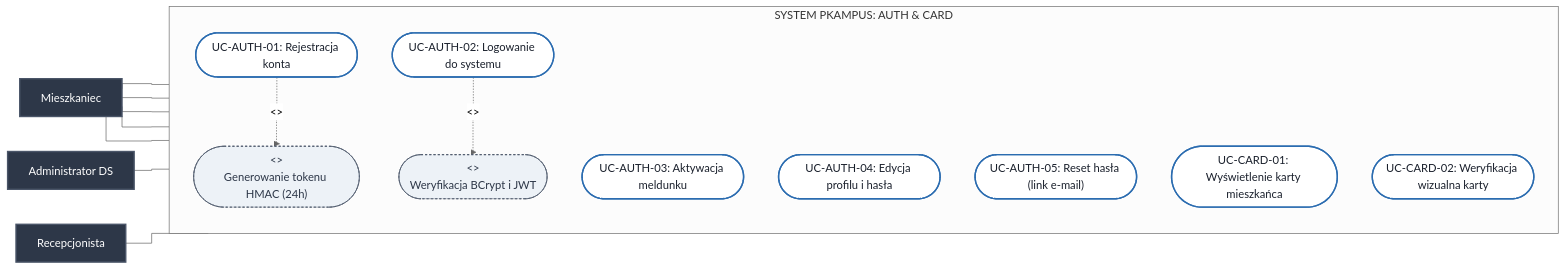
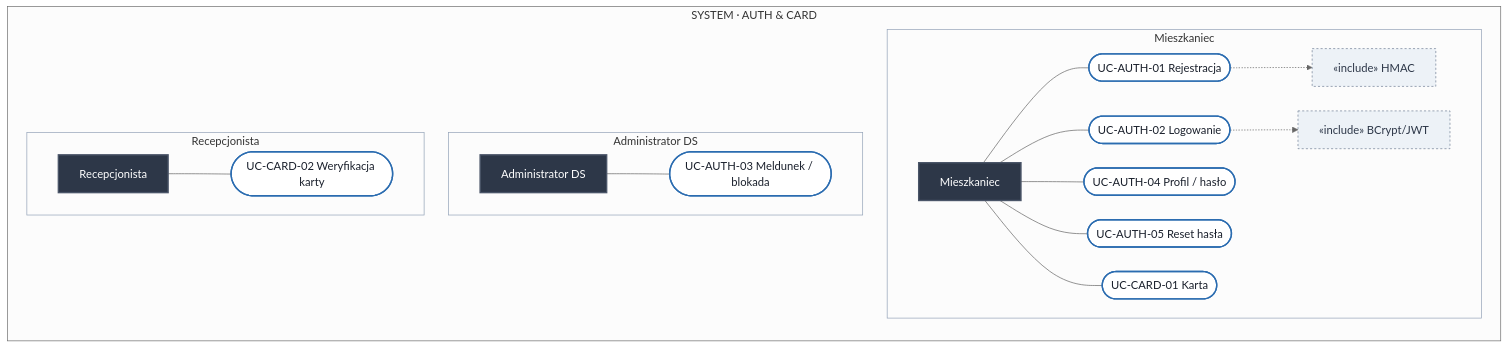
The third of 9 diagrams in Docs/Diagramy_Przypadkow_Uzycia.md (Buczy8/PKampus), drawn with Mermaid (neutral theme) before and after one commit. The commit also changed other lines of this file and 7 other files, not shown here.

````diff
--- a/Docs/Diagramy_Przypadkow_Uzycia.md
+++ b/Docs/Diagramy_Przypadkow_Uzycia.md
@@ -100,37 +79,38 @@
 ```mermaid
-%%{init: {'flowchart': {'curve': 'stepBefore'}}}%%
-flowchart LR
-    classDef actorStyle fill:#2d3748,stroke:#4a5568,stroke-width:2px,color:#fff;
-    classDef ucStyle fill:#fff,stroke:#2b6cb0,stroke-width:2px,color:#1a202c;
-    classDef subUcStyle fill:#edf2f7,stroke:#4a5568,stroke-width:1px,stroke-dasharray: 3 3,color:#2d3748;
+%%{init: {'flowchart': {'curve': 'basis', 'nodeSpacing': 35, 'rankSpacing': 40}}}%%
+flowchart TB
+    classDef actor fill:#2d3748,stroke:#4a5568,stroke-width:2px,color:#fff;
+    classDef uc fill:#fff,stroke:#2b6cb0,stroke-width:2px,color:#1a202c;
+    classDef inc fill:#edf2f7,stroke:#718096,stroke-width:1px,stroke-dasharray:3 3,color:#2d3748;
+    classDef sys fill:#1a365d,stroke:#2b6cb0,stroke-width:2px,color:#fff;
+    classDef abs fill:#4a5568,stroke:#718096,stroke-width:2px,color:#fff,stroke-dasharray:4 4;
+    classDef lane fill:transparent,stroke:#cbd5e1,stroke-width:1px,color:#64748b;
+    subgraph AUTH["SYSTEM · AUTH & CARD"]
+        direction TB
 
-    Student["Mieszkaniec"]:::actorStyle
+        subgraph L1["Mieszkaniec"]
+            direction LR
+            S["Mieszkaniec"]:::actor --- U01(["UC-AUTH-01 Rejestracja"]):::uc
+            S --- U02(["UC-AUTH-02 Logowanie"]):::uc
+            S --- U04(["UC-AUTH-04 Profil / hasło"]):::uc
+            S --- U05(["UC-AUTH-05 Reset hasła"]):::uc
+            S --- UC1(["UC-CARD-01 Karta"]):::uc
+            U01 -.-> I01["«include» HMAC"]:::inc
+            U02 -.-> I02["«include» BCrypt/JWT"]:::inc
+        end
 
-    subgraph System_Auth ["SYSTEM PKAMPUS: AUTH & CARD"]
-        direction TB
-        UC_AUTH_01(["UC-AUTH-01: Rejestracja konta"]):::ucStyle
-        UC_INC_TOKEN(["<<include>><br/>Generowanie tokenu HMAC (24h)"]):::subUcStyle
-        UC_AUTH_02(["UC-AUTH-02: Logowanie do systemu"]):::ucStyle
-        UC_INC_PWD(["<<include>><br/>Weryfikacja BCrypt i JWT"]):::subUcStyle
-        UC_AUTH_03(["UC-AUTH-03: Aktywacja meldunku"]):::ucStyle
-        UC_AUTH_04(["UC-AUTH-04: Edycja profilu i hasła"]):::ucStyle
-        UC_AUTH_05(["UC-AUTH-05: Reset hasła (link e-mail)"]):::ucStyle
-        UC_CARD_01(["UC-CARD-01: Wyświetlenie karty mieszkańca"]):::ucStyle
-        UC_CARD_02(["UC-CARD-02: Weryfikacja wizualna karty"]):::ucStyle
+        subgraph L2["Administrator DS"]
+            direction LR
+            A["Administrator DS"]:::actor --- U03(["UC-AUTH-03 Meldunek / blokada"]):::uc
+        end
 
-        UC_AUTH_01 -.->|"<<include>>"| UC_INC_TOKEN
-        UC_AUTH_02 -.->|"<<include>>"| UC_INC_PWD
+        subgraph L3["Recepcjonista"]
+            direction LR
+            P["Recepcjonista"]:::actor --- UC2(["UC-CARD-02 Weryfikacja karty"]):::uc
+        end
     end
 
-    AdminDS["Administrator DS"]:::actorStyle
-    Portier["Recepcjonista"]:::actorStyle
-
-    Student --- UC_AUTH_01
-    Student --- UC_AUTH_02
-    Student --- UC_AUTH_04
-    Student --- UC_AUTH_05
-    Student --- UC_CARD_01
-
-    AdminDS --- UC_AUTH_03
-    Portier --- UC_CARD_02
+    style L1 fill:transparent,stroke:#94a3b8
+    style L2 fill:transparent,stroke:#94a3b8
+    style L3 fill:transparent,stroke:#94a3b8
 ```
````
